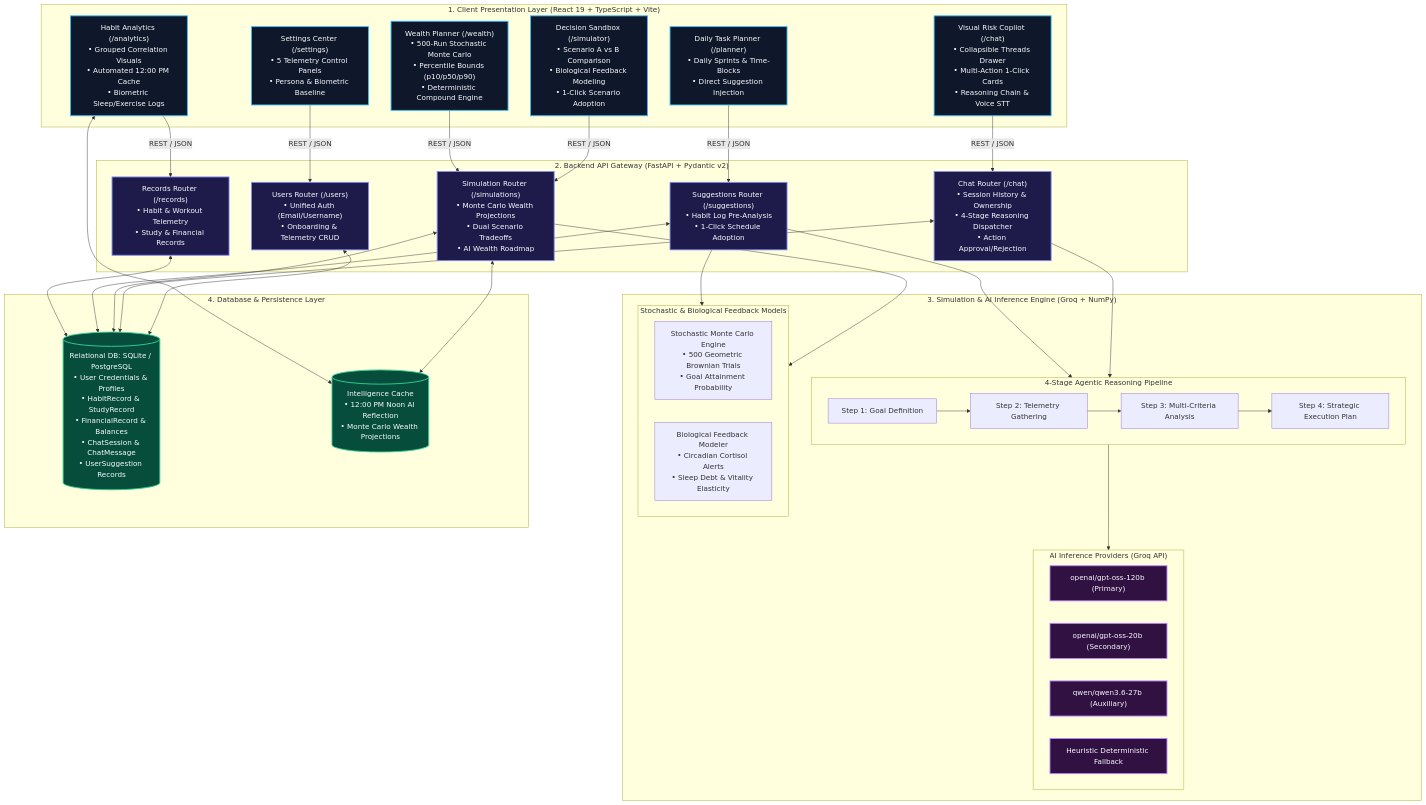
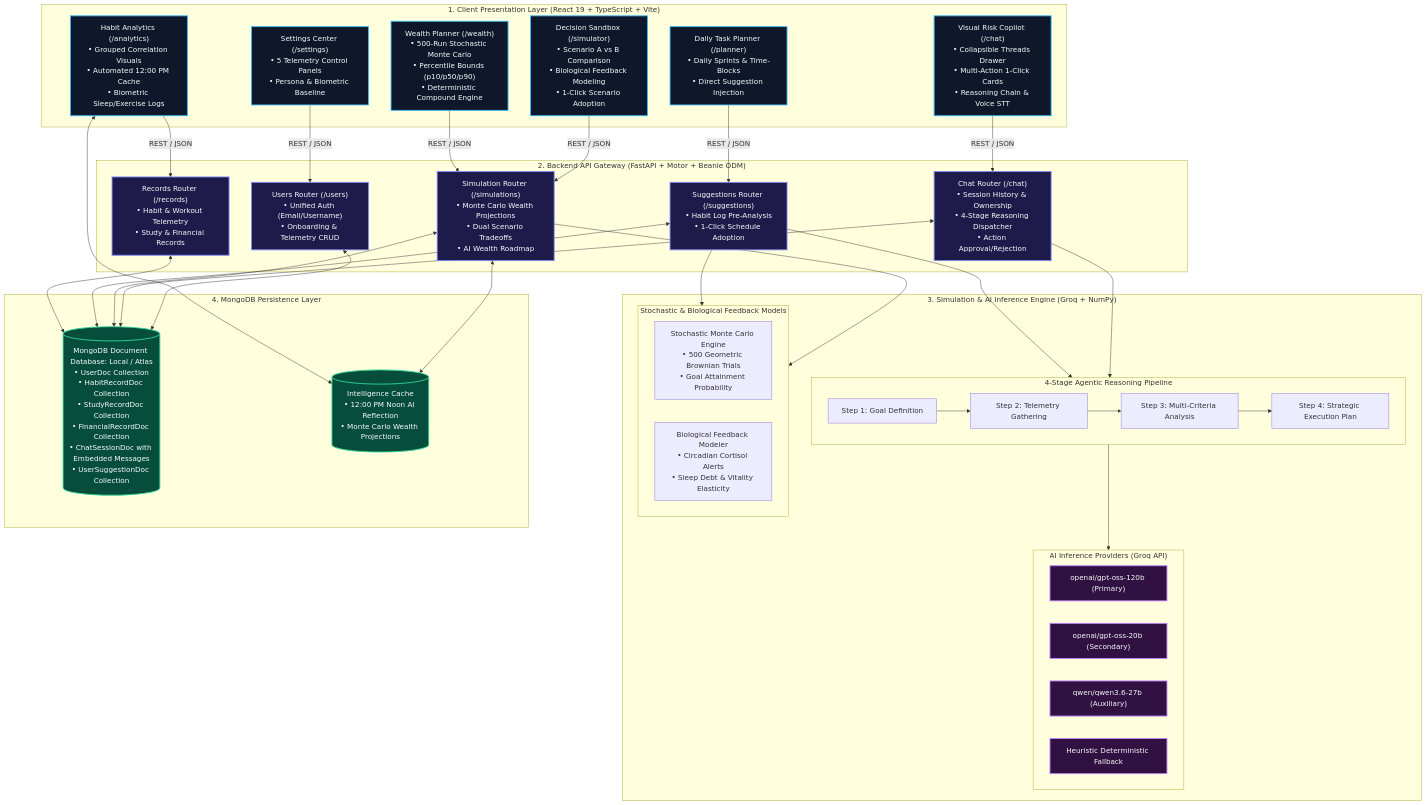
One commit to notysozu/AI-Based-Visual-Risk-and-Compliance-Intelligence-System changed the diagram in docs/system_architecture.md. Above: the diagram before and after it, drawn with Mermaid. The commit also changed other lines of this file and 28 other files, not shown here.

Commit message:
feat(database): complete migration from SQLite/SQLAlchemy to MongoDB with Motor and Beanie ODM

````diff
--- a/docs/system_architecture.md
+++ b/docs/system_architecture.md
@@ -9,74 +9,74 @@
 ```mermaid
 flowchart TB
     %% Styling Classes
     classDef clientStyle fill:#0f172a,stroke:#38bdf8,stroke-width:2px,color:#f8fafc;
     classDef gatewayStyle fill:#1e1b4b,stroke:#818cf8,stroke-width:2px,color:#f8fafc;
     classDef aiStyle fill:#311042,stroke:#c084fc,stroke-width:2px,color:#f8fafc;
     classDef dbStyle fill:#064e3b,stroke:#34d399,stroke-width:2px,color:#f8fafc;
 
     subgraph Client["1. Client Presentation Layer (React 19 + TypeScript + Vite)"]
         Chat["Visual Risk Copilot (/chat)<br/>• Collapsible Threads Drawer<br/>• Multi-Action 1-Click Cards<br/>• Reasoning Chain & Voice STT"]:::clientStyle
         Simulator["Decision Sandbox (/simulator)<br/>• Scenario A vs B Comparison<br/>• Biological Feedback Modeling<br/>• 1-Click Scenario Adoption"]:::clientStyle
         Wealth["Wealth Planner (/wealth)<br/>• 500-Run Stochastic Monte Carlo<br/>• Percentile Bounds (p10/p50/p90)<br/>• Deterministic Compound Engine"]:::clientStyle
         Analytics["Habit Analytics (/analytics)<br/>• Grouped Correlation Visuals<br/>• Automated 12:00 PM Cache<br/>• Biometric Sleep/Exercise Logs"]:::clientStyle
         Planner["Daily Task Planner (/planner)<br/>• Daily Sprints & Time-Blocks<br/>• Direct Suggestion Injection"]:::clientStyle
         Settings["Settings Center (/settings)<br/>• 5 Telemetry Control Panels<br/>• Persona & Biometric Baseline"]:::clientStyle
     end
 
-    subgraph Gateway["2. Backend API Gateway (FastAPI + Pydantic v2)"]
+    subgraph Gateway["2. Backend API Gateway (FastAPI + Motor + Beanie ODM)"]
         UserRouter["Users Router (/users)<br/>• Unified Auth (Email/Username)<br/>• Onboarding & Telemetry CRUD"]:::gatewayStyle
         ChatRouter["Chat Router (/chat)<br/>• Session History & Ownership<br/>• 4-Stage Reasoning Dispatcher<br/>• Action Approval/Rejection"]:::gatewayStyle
         SimRouter["Simulation Router (/simulations)<br/>• Monte Carlo Wealth Projections<br/>• Dual Scenario Tradeoffs<br/>• AI Wealth Roadmap"]:::gatewayStyle
         SugRouter["Suggestions Router (/suggestions)<br/>• Habit Log Pre-Analysis<br/>• 1-Click Schedule Adoption"]:::gatewayStyle
         RecRouter["Records Router (/records)<br/>• Habit & Workout Telemetry<br/>• Study & Financial Records"]:::gatewayStyle
     end
 
     subgraph Intelligence["3. Simulation & AI Inference Engine (Groq + NumPy)"]
         subgraph Pipeline["4-Stage Agentic Reasoning Pipeline"]
             Step1["Step 1: Goal Definition"] --> Step2["Step 2: Telemetry Gathering"]
             Step2 --> Step3["Step 3: Multi-Criteria Analysis"]
             Step3 --> Step4["Step 4: Strategic Execution Plan"]
         end
 
         subgraph MathModels["Stochastic & Biological Feedback Models"]
             MonteCarlo["Stochastic Monte Carlo Engine<br/>• 500 Geometric Brownian Trials<br/>• Goal Attainment Probability"]
             BioFeedback["Biological Feedback Modeler<br/>• Circadian Cortisol Alerts<br/>• Sleep Debt & Vitality Elasticity"]
         end
 
         subgraph LLMProviders["AI Inference Providers (Groq API)"]
             Groq120B["openai/gpt-oss-120b (Primary)"]:::aiStyle
             Groq20B["openai/gpt-oss-20b (Secondary)"]:::aiStyle
             GroqQwen["qwen/qwen3.6-27b (Auxiliary)"]:::aiStyle
             OfflineRule["Heuristic Deterministic Fallback"]:::aiStyle
         end
     end
 
-    subgraph Persistence["4. Database & Persistence Layer"]
-        DB[(Relational DB: SQLite / PostgreSQL<br/>• User Credentials & Profiles<br/>• HabitRecord & StudyRecord<br/>• FinancialRecord & Balances<br/>• ChatSession & ChatMessage<br/>• UserSuggestion Records)]:::dbStyle
+    subgraph Persistence["4. MongoDB Persistence Layer"]
+        DB[(MongoDB Document Database: Local / Atlas<br/>• UserDoc Collection<br/>• HabitRecordDoc Collection<br/>• StudyRecordDoc Collection<br/>• FinancialRecordDoc Collection<br/>• ChatSessionDoc with Embedded Messages<br/>• UserSuggestionDoc Collection)]:::dbStyle
         Cache[(Intelligence Cache<br/>• 12:00 PM Noon AI Reflection<br/>• Monte Carlo Wealth Projections)]:::dbStyle
     end
 
     %% Client to Gateway REST Connections
     Chat -->|REST / JSON| ChatRouter
     Simulator -->|REST / JSON| SimRouter
     Wealth -->|REST / JSON| SimRouter
     Analytics -->|REST / JSON| RecRouter
     Planner -->|REST / JSON| SugRouter
     Settings -->|REST / JSON| UserRouter
 
     %% Gateway to Intelligence
     ChatRouter --> Pipeline
     Pipeline --> LLMProviders
     SimRouter --> MathModels
     SugRouter --> Pipeline
     SugRouter --> MathModels
 
     %% Gateway & Intelligence to Database
     UserRouter <--> DB
     ChatRouter <--> DB
     SimRouter <--> DB
     SugRouter <--> DB
     RecRouter <--> DB
     SimRouter <--> Cache
     Analytics <--> Cache
 ```
````
